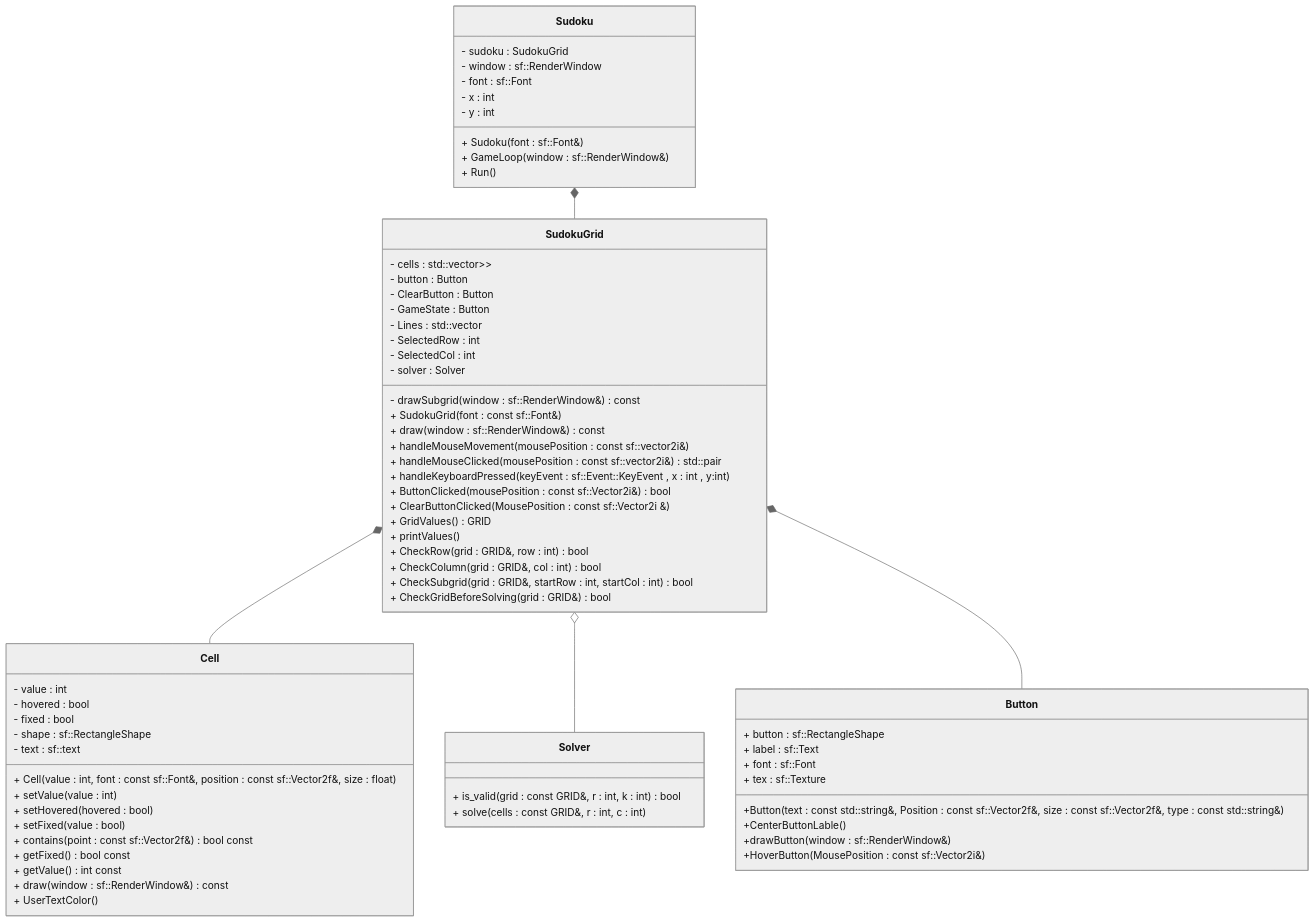
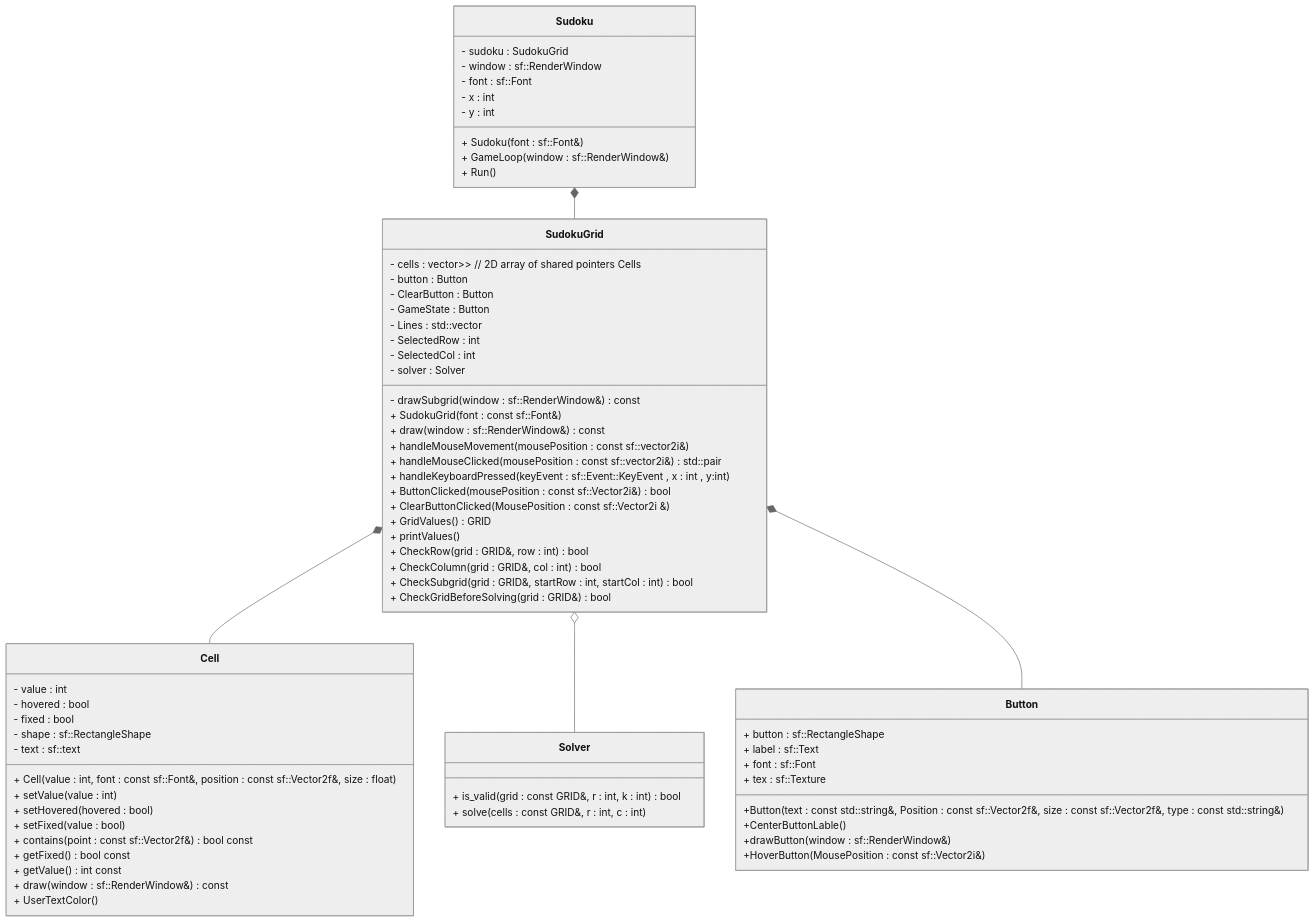
One commit to zedoh/GUI-Sudoku-Solver changed the diagram in README.md. Above: the diagram before and after it, drawn with Mermaid (neutral theme).

````diff
--- a/README.md
+++ b/README.md
@@ -20,76 +20,76 @@
 ```mermaid
 classDiagram
     class SudokuGrid {
-        - cells : std::vector<std::vector<std::shared_ptr<Cell>>>
+        - cells : vector<vector<shared_ptr<Cells>>> // 2D array of shared pointers Cells
         - button : Button
         - ClearButton : Button 
         - GameState : Button
         - Lines : std::vector<sf::RectangleShape>
         - SelectedRow : int 
         - SelectedCol : int 
         - solver : Solver
         - drawSubgrid(window : sf::RenderWindow&) const
         + SudokuGrid(font : const sf::Font&)
         + draw(window : sf::RenderWindow&) const
         + handleMouseMovement(mousePosition : const sf::vector2i&)
         + handleMouseClicked(mousePosition : const sf::vector2i&) std::pair<int,int>
         + handleKeyboardPressed(keyEvent : sf::Event::KeyEvent , x : int , y:int)
         + ButtonClicked(mousePosition : const sf::Vector2i&) bool
         + ClearButtonClicked(MousePosition : const sf::Vector2i &)
         + GridValues() GRID
         + printValues()
         + CheckRow(grid : GRID&, row : int) bool
         + CheckColumn(grid : GRID&, col : int) bool
         + CheckSubgrid(grid : GRID&, startRow : int, startCol : int) bool
         + CheckGridBeforeSolving(grid : GRID&) bool
     }
     
     class Cell {
         - value : int
         - hovered : bool
         - fixed : bool
         - shape : sf::RectangleShape
         - text  : sf::text
         + Cell(value : int, font : const sf::Font&, position : const sf::Vector2f&, size : float)
         + setValue(value : int)
         + setHovered(hovered : bool)
         + setFixed(value : bool)
         + contains(point : const sf::Vector2f&) bool const
         + getFixed() bool const
         + getValue() int const
         + draw(window : sf::RenderWindow&) const 
         + UserTextColor() 
     }
     
     class Button {
         + button : sf::RectangleShape
         + label : sf::Text
         + font  : sf::Font
         + tex : sf::Texture
         +Button(text : const std::string&, Position : const sf::Vector2f&, size : const sf::Vector2f&, type : const std::string&)
         +CenterButtonLable()
         +drawButton(window : sf::RenderWindow&)
         +HoverButton(MousePosition : const sf::Vector2i&)
     }
 
     class Sudoku {
         - sudoku : SudokuGrid
         - window : sf::RenderWindow
         - font : sf::Font 
         - x : int
         - y : int
         + Sudoku(font : sf::Font&)
         + GameLoop(window : sf::RenderWindow&)
         + Run()
     }
 
     class Solver {
         + is_valid(grid : const GRID&, r : int, k : int) bool
         + solve(cells : const GRID&, r : int, c : int)
     }
 
     SudokuGrid *-- Cell
     SudokuGrid o-- Solver
     SudokuGrid *-- Button
     Sudoku *-- SudokuGrid
 ```
````
